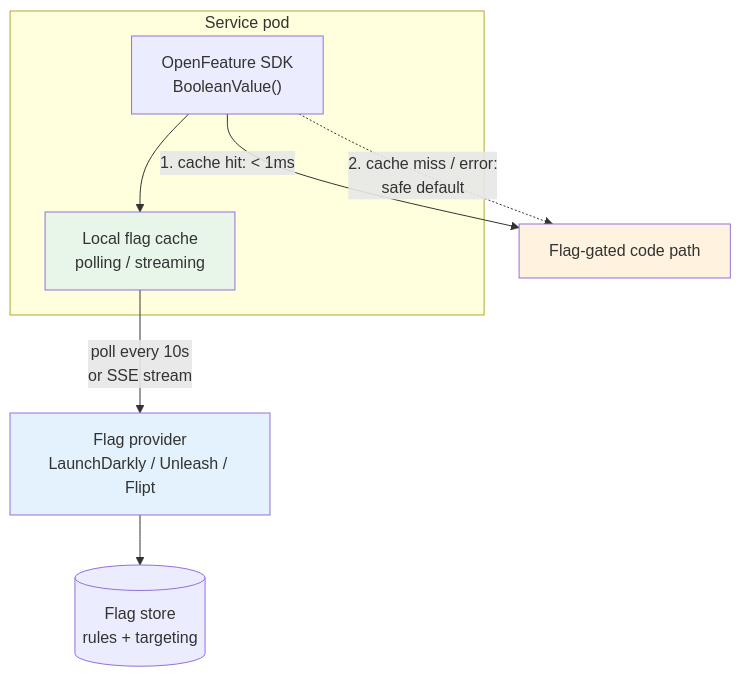
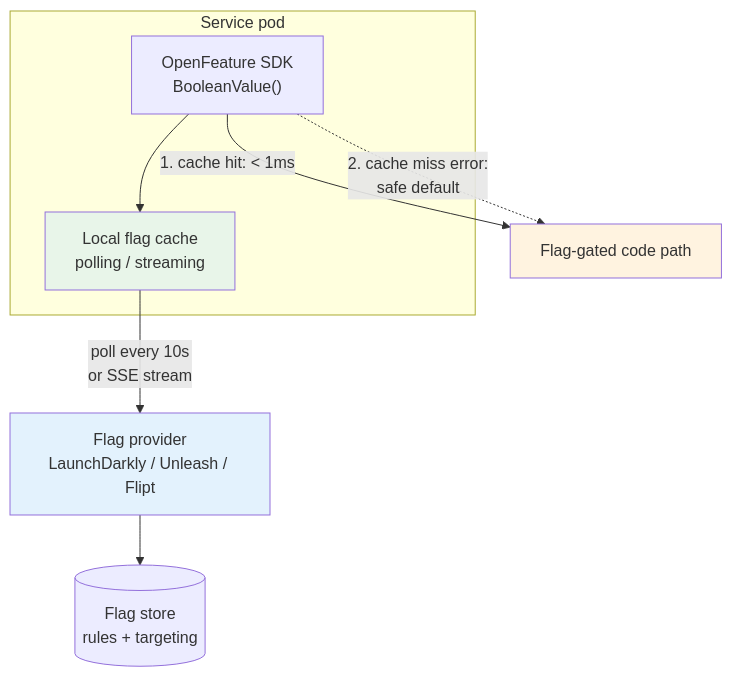
One commit to bumbsclaw/textbooks changed the fifth of 8 diagrams in vol-11-reliability-sre/ch09-deployment-strategies.md. Above: the diagram before and after it, drawn with Mermaid. The commit also changed other lines of this file and 173 other files, not shown here.

First line of the commit message:
fix(mermaid): close note brackets, semicolons in Notes, stateDiagram br -> dash, edge parens

````diff
--- a/vol-11-reliability-sre/ch09-deployment-strategies.md
+++ b/vol-11-reliability-sre/ch09-deployment-strategies.md
@@ -791,17 +791,17 @@
 ```mermaid
 flowchart TB
     subgraph Service["Service pod"]
         SDK["OpenFeature SDK<br/>BooleanValue()"]
         Cache["Local flag cache<br/>polling / streaming"]
         SDK --> Cache
     end
-    Cache -->|poll every 10s<br/>or SSE stream| Provider["Flag provider<br/>LaunchDarkly / Unleash / Flipt"]
+    Cache -->|poll every 10s<br >or SSE stream| Provider["Flag provider<br/>LaunchDarkly / Unleash / Flipt"]
     Provider --> Store[(Flag store<br/>rules + targeting)]
 
     SDK -->|"1. cache hit: < 1ms"| Path["Flag-gated code path"]
-    SDK -.->|"2. cache miss / error:<br/>safe default"| Path
+    SDK -.->|"2. cache miss error:<br >safe default"| Path
 
     style Cache fill:#e8f5e9
     style Provider fill:#e3f2fd
     style Path fill:#fff3e0
 ```
````
